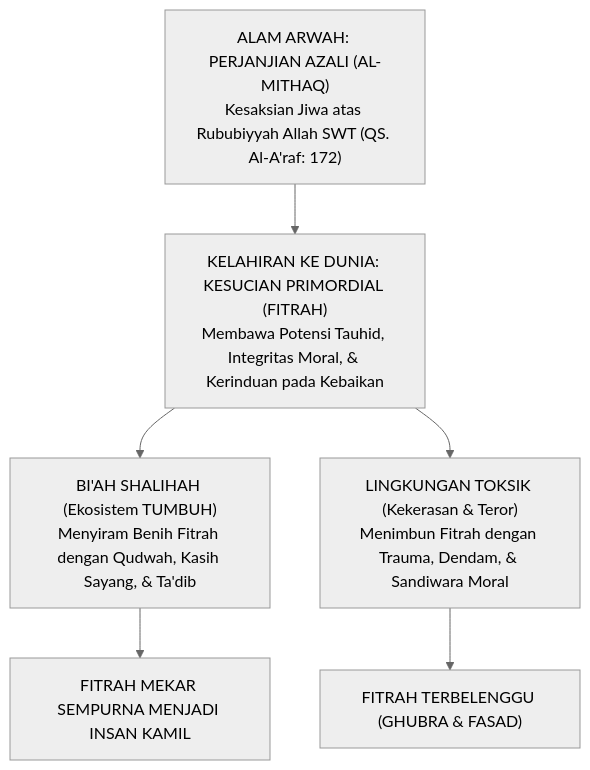
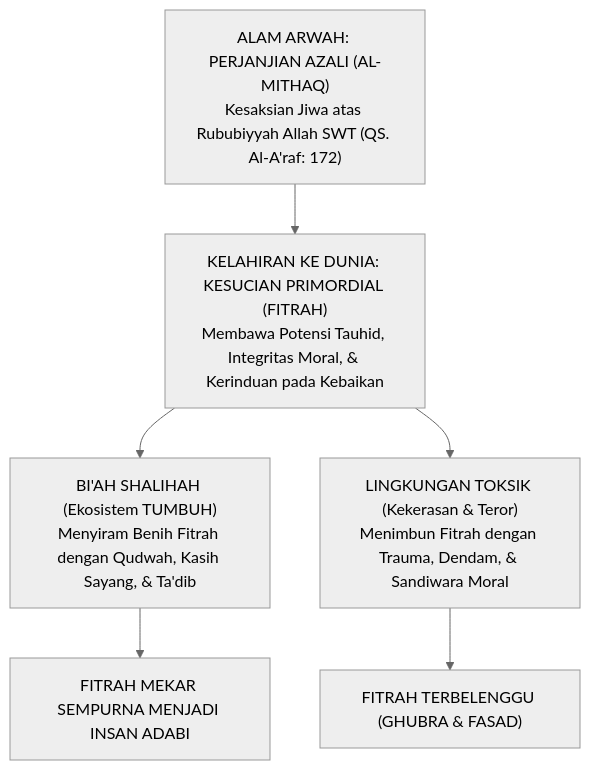
The first of 3 diagrams in BOOK-SERIES/Volume-01/Bab-02-Ontologi-Fitrah-dan-Hakikat-Insan-Pembelajar/01-Konsep-Fitrah-al-Munazzalah.md (wandiapriliyandi/tumbuh), drawn with Mermaid (neutral theme) before and after one commit. The commit also changed other lines of this file and 5 other files, not shown here.

Commit message:
docs(bab-02): selesaikan penulisan utuh seluruh Bab 02 Ontologi Fitrah & Hakikat Insan Pembelajar dengan gaya renyah, hidup, dan berorientasi arsitektur TUMBUH

````diff
--- a/BOOK-SERIES/Volume-01/Bab-02-Ontologi-Fitrah-dan-Hakikat-Insan-Pembelajar/01-Konsep-Fitrah-al-Munazzalah.md
+++ b/BOOK-SERIES/Volume-01/Bab-02-Ontologi-Fitrah-dan-Hakikat-Insan-Pembelajar/01-Konsep-Fitrah-al-Munazzalah.md
@@ -20,11 +18,11 @@
 ```mermaid
 graph TD
     AlamArwah["ALAM ARWAH: PERJANJIAN AZALI (AL-MITHAQ)<br/>Kesaksian Jiwa atas Rububiyyah Allah SWT (QS. Al-A'raf: 172)"]
     AlamArwah --> Kelahiran["KELAHIRAN KE DUNIA: KESUCIAN PRIMORDIAL (FITRAH)<br/>Membawa Potensi Tauhid, Integritas Moral, & Kerinduan pada Kebaikan"]
     
     Kelahiran --> BiahTUMBUH["BI'AH SHALIHAH (Ekosistem TUMBUH)<br/>Menyiram Benih Fitrah dengan Qudwah, Kasih Sayang, & Ta'dib"]
-    BiahTUMBUH --> Mekar["FITRAH MEKAR SEMPURNA MENJADI INSAN KAMIL"]
+    BiahTUMBUH --> Mekar["FITRAH MEKAR SEMPURNA MENJADI INSAN ADABI"]
     
     Kelahiran --> BiahToksik["LINGKUNGAN TOKSIK (Kekerasan & Teror)<br/>Menimbun Fitrah dengan Trauma, Dendam, & Sandiwara Moral"]
     BiahToksik --> Tertutup["FITRAH TERBELENGGU (GHUBRA & FASAD)"]
 ```
````
